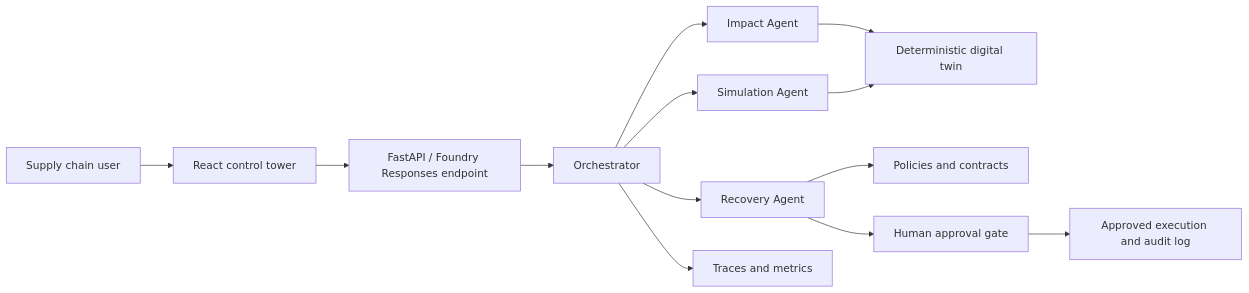
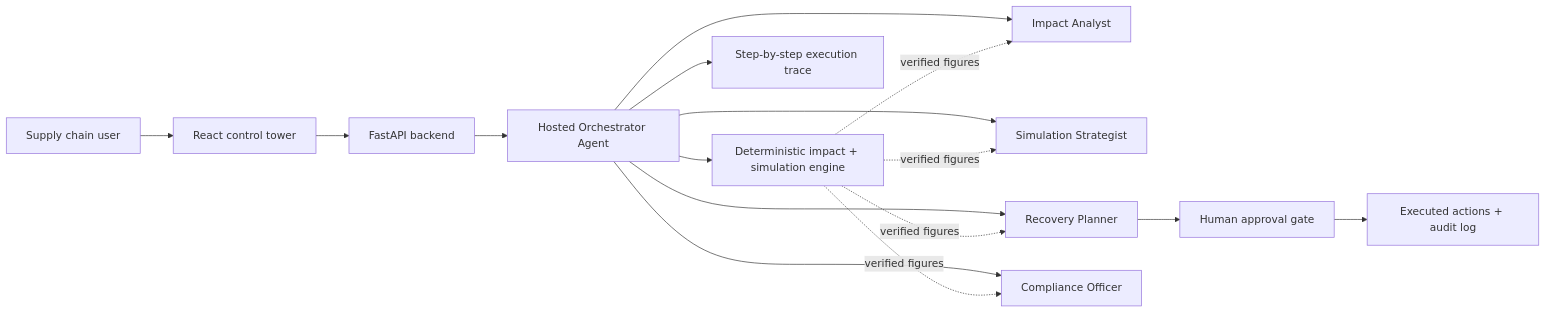
One commit to mahanteshimath/supplychain-nexus changed the diagram in README.md. Above: the diagram before and after it, drawn with Mermaid. The commit also changed other lines of this file and 24 other files, not shown here.

````diff
--- a/README.md
+++ b/README.md
@@ -21,15 +35,18 @@
 ```mermaid
 flowchart LR
-	U[Supply chain user] --> UI[React control tower]
-	UI --> API[FastAPI / Foundry Responses endpoint]
-	API --> O[Orchestrator]
-	O --> I[Impact Agent]
-	O --> S[Simulation Agent]
-	O --> R[Recovery Agent]
-	I --> T[Deterministic digital twin]
-	S --> T
-	R --> K[Policies and contracts]
-	R --> H[Human approval gate]
-	H --> E[Approved execution and audit log]
-	O --> X[Traces and metrics]
+    U[Supply chain user] --> UI[React control tower]
+    UI --> API[FastAPI backend]
+    API --> O[Hosted Orchestrator Agent]
+    O --> ENGINE[Deterministic impact + simulation engine]
+    O --> IA[Impact Analyst]
+    O --> SS[Simulation Strategist]
+    O --> RP[Recovery Planner]
+    O --> CO[Compliance Officer]
+    ENGINE -.verified figures.-> IA
+    ENGINE -.verified figures.-> SS
+    ENGINE -.verified figures.-> RP
+    ENGINE -.verified figures.-> CO
+    RP --> H[Human approval gate]
+    H --> EXEC[Executed actions + audit log]
+    O --> TRACE[Step-by-step execution trace]
 ```
````
